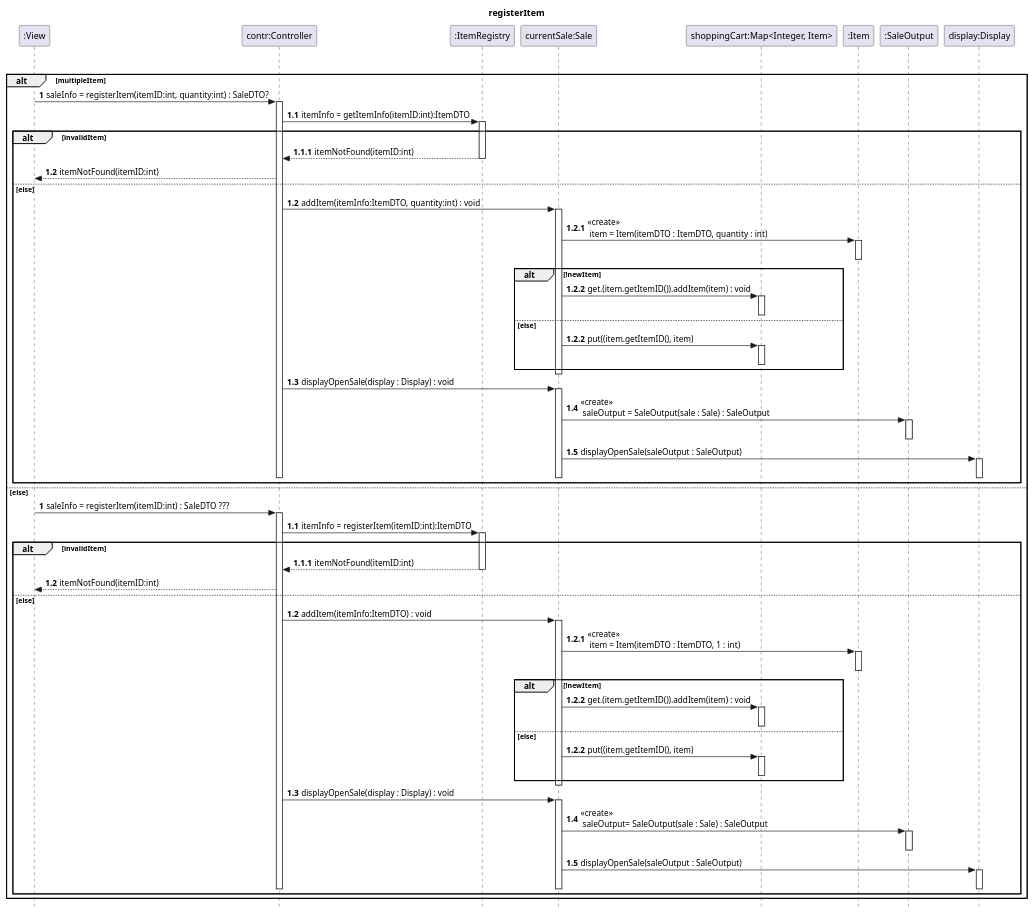
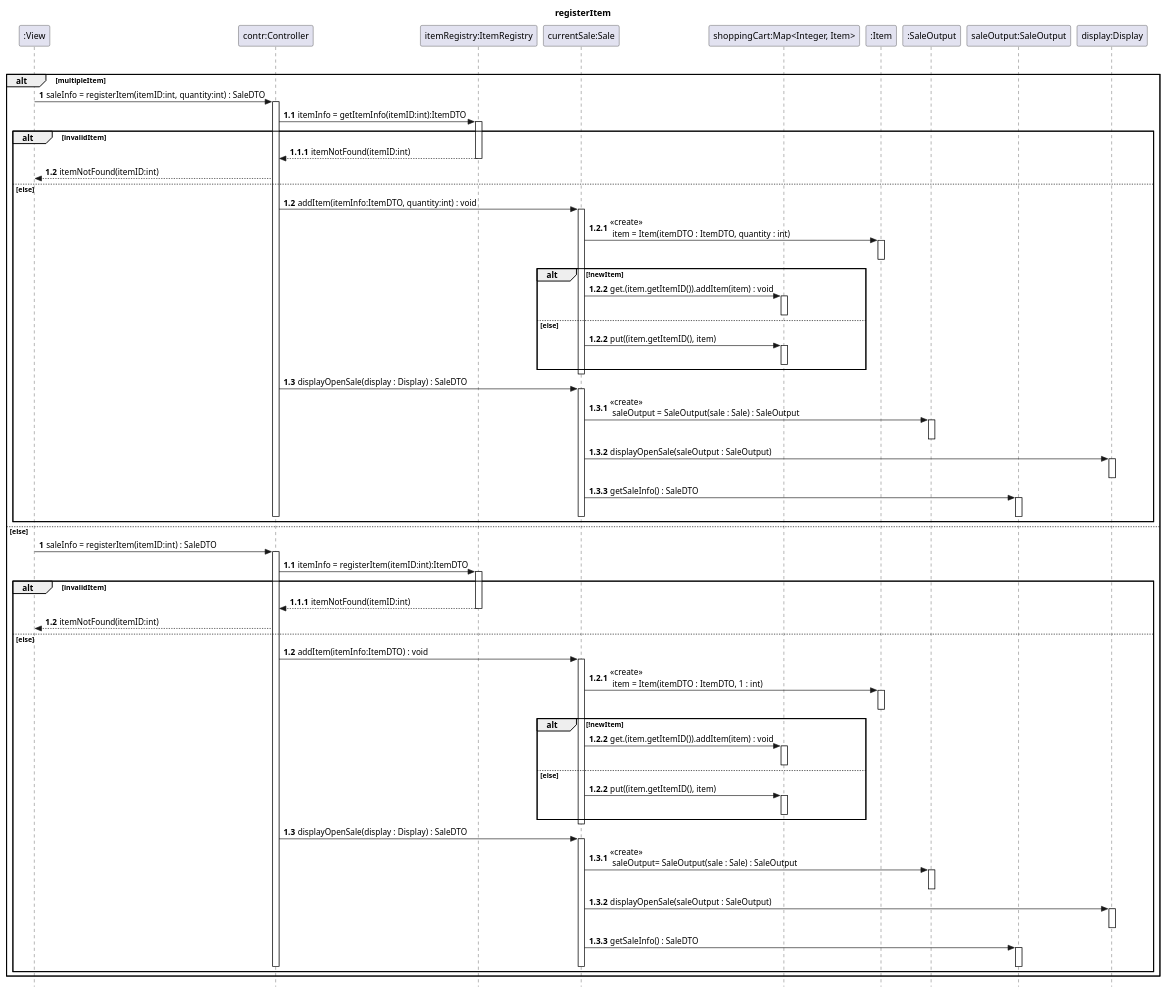
One commit to blomquiste/kth-iv1350-POS changed the fifth of 8 diagrams in uml/uml_v3.puml. Above: the diagram before and after it, drawn with PlantUML. The commit also changed other lines of this file and 7 other files, not shown here.

First line of the commit message:
SaleInfo and DTO, Discount and UML (#21)

```diff
--- a/uml/uml_v3.puml
+++ b/uml/uml_v3.puml
@@ -343,133 +353,146 @@
 @startuml
 skinparam style strictuml
 
 title registerItem
 'REGISTERITEM
 hide unlinked
 participant ":View" as View
 participant "contr:Controller" as contr
-participant ":ItemRegistry" as ItemRegistry
+participant "itemRegistry:ItemRegistry" as itemRegistry
 participant "currentSale:Sale" as currentSale
 participant "shoppingCart:Map<Integer, Item>" as shoppingCart
 participant ":Item" as Item
 participant ":SaleOutput" as SaleOutput
+participant "saleOutput:SaleOutput" as saleOutput
 participant "display:Display" as display
 
 loop moreItems
 '[validIdentifier]
     alt multipleItem
         autonumber 1
-        View -> contr : saleInfo = registerItem(itemID:int, quantity:int) : SaleDTO?
+        View -> contr : saleInfo = registerItem(itemID:int, quantity:int) : SaleDTO
         activate contr
 
         autonumber 1.1
-'        contr -> InventorySystem : itemInfo = registerItem(itemID:int):ItemDTO
-        contr -> ItemRegistry : itemInfo = getItemInfo(itemID:int):ItemDTO
-        activate ItemRegistry
+'        contr -> inventorySystem : itemInfo = registerItem(itemID:int):ItemDTO
+        contr -> itemRegistry : itemInfo = getItemInfo(itemID:int):ItemDTO
+        activate itemRegistry
         alt invalidItem
         autonumber 1.1.1
-        contr <-- ItemRegistry : itemNotFound(itemID:int)
-        deactivate ItemRegistry
+        contr <-- itemRegistry : itemNotFound(itemID:int)
+        deactivate itemRegistry
         autonumber 1.2
         View <-- contr : itemNotFound(itemID:int)
 
         else else
-        deactivate ItemRegistry
-        note right: ItemRegistry creates ItemDTO
+        deactivate itemRegistry
+        note right: itemRegistry creates ItemDTO
 
         autonumber 1.2
         contr -> currentSale : addItem(itemInfo:ItemDTO, quantity:int) : void
         activate currentSale
         autonumber 1.2.1
         currentSale -> Item : <<create>> \n item = Item(itemDTO : ItemDTO, quantity : int)
         activate Item
         deactivate Item
         alt !newItem
             autonumber 1.2.2
             currentSale -> shoppingCart : get.(item.getItemID()).addItem(item) : void
             activate shoppingCart
             deactivate shoppingCart
         else else
             autonumber 1.2.2
             currentSale -> shoppingCart : put((item.getItemID(), item)
             activate shoppingCart
             deactivate shoppingCart
 
         end
         deactivate currentSale
         autonumber 1.3
-        contr -> currentSale : displayOpenSale(display : Display) : void
+        contr -> currentSale : displayOpenSale(display : Display) : SaleDTO
         activate currentSale
+        autonumber 1.3.1
         currentSale -> SaleOutput : <<create>> \n saleOutput = SaleOutput(sale : Sale) : SaleOutput
         activate SaleOutput
         deactivate SaleOutput
+        autonumber 1.3.2
         currentSale -> display : displayOpenSale(saleOutput : SaleOutput)
         activate display
 '        display -> saleOutput : createOpenSaleString() : String
 '        activate saleOutput
 '        deactivate saleOutput
         deactivate display
+        autonumber 1.3.3
+        currentSale -> saleOutput : getSaleInfo() : SaleDTO
+        activate saleOutput
+        deactivate saleOutput
         deactivate currentSale
 
         deactivate contr
         end
 
         else else
             autonumber 1
-            View -> contr : saleInfo = registerItem(itemID:int) : SaleDTO ???
+            View -> contr : saleInfo = registerItem(itemID:int) : SaleDTO
             activate contr
 
             autonumber 1.1
     '        create InventorySystem
-            contr -> ItemRegistry : itemInfo = registerItem(itemID:int):ItemDTO
-            activate ItemRegistry
+            contr -> itemRegistry : itemInfo = registerItem(itemID:int):ItemDTO
+            activate itemRegistry
             alt invalidItem
 
             autonumber 1.1.1
-            contr <-- ItemRegistry : itemNotFound(itemID:int)
-            deactivate ItemRegistry
+            contr <-- itemRegistry : itemNotFound(itemID:int)
+            deactivate itemRegistry
             autonumber 1.2
             View <-- contr : itemNotFound(itemID:int)
 
             else else
-            deactivate ItemRegistry
+            deactivate itemRegistry
 
             autonumber 1.2
             contr -> currentSale : addItem(itemInfo:ItemDTO) : void
             activate currentSale
         autonumber 1.2.1
         currentSale -> Item : <<create>> \n item = Item(itemDTO : ItemDTO, 1 : int)
         activate Item
         deactivate Item
         alt !newItem
             autonumber 1.2.2
             currentSale -> shoppingCart : get.(item.getItemID()).addItem(item) : void
             activate shoppingCart
             deactivate shoppingCart
         else else
             autonumber 1.2.2
             currentSale -> shoppingCart : put((item.getItemID(), item)
             activate shoppingCart
             deactivate shoppingCart
 
         end
         deactivate currentSale
         deactivate currentSale
 
         autonumber 1.3
-        contr -> currentSale : displayOpenSale(display : Display) : void
+        contr -> currentSale : displayOpenSale(display : Display) : SaleDTO
         activate currentSale
+        autonumber 1.3.1
         currentSale -> SaleOutput : <<create>> \n saleOutput= SaleOutput(sale : Sale) : SaleOutput
         activate SaleOutput
         deactivate SaleOutput
+        autonumber 1.3.2
         currentSale -> display : displayOpenSale(saleOutput : SaleOutput)
         activate display
         deactivate display
+        autonumber 1.3.3
+        currentSale -> saleOutput : getSaleInfo() : SaleDTO
+        activate saleOutput
+        deactivate saleOutput
         deactivate currentSale
 
         deactivate contr
     end
 end
 
 autonumber stop
 @enduml
```
